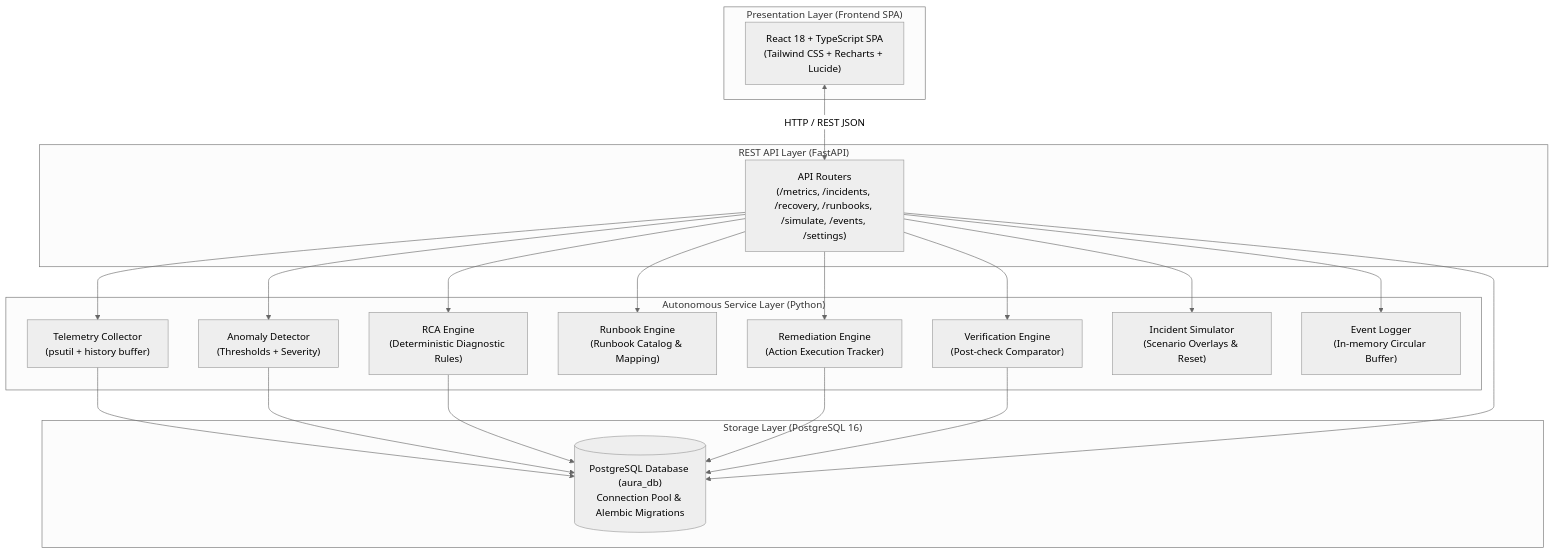
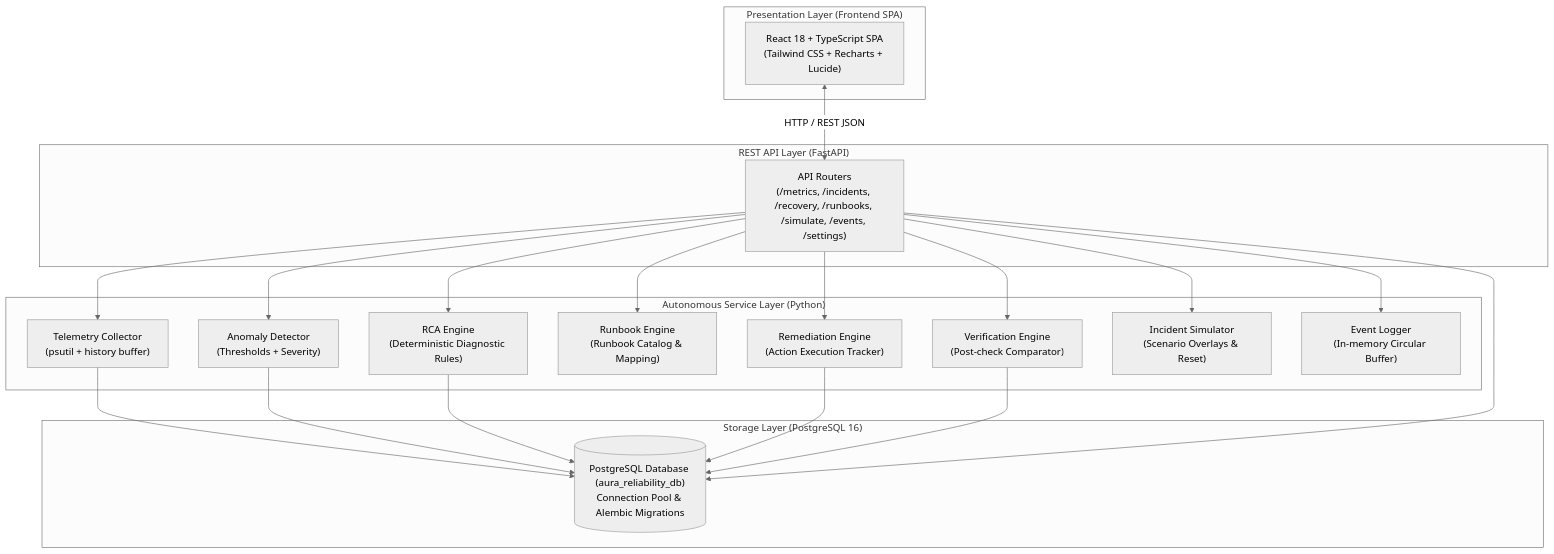
The first of 2 diagrams in docs/02_SYSTEM_DESIGN.md (vijaymadaeshwar/aura), drawn with Mermaid (neutral theme) before and after one commit. The commit also changed other lines of this file and 38 other files, not shown here.

````diff
--- a/docs/02_SYSTEM_DESIGN.md
+++ b/docs/02_SYSTEM_DESIGN.md
@@ -12,42 +12,42 @@
 ```mermaid
 flowchart TD
     subgraph Client_Layer ["Presentation Layer (Frontend SPA)"]
         UI["React 18 + TypeScript SPA<br/>(Tailwind CSS + Recharts + Lucide)"]
     end
 
     subgraph API_Layer ["REST API Layer (FastAPI)"]
         ROUTERS["API Routers<br/>(/metrics, /incidents, /recovery, /runbooks, /simulate, /events, /settings)"]
     end
 
     subgraph Service_Layer ["Autonomous Service Layer (Python)"]
         TEL["Telemetry Collector<br/>(psutil + history buffer)"]
         DET["Anomaly Detector<br/>(Thresholds + Severity)"]
         RCA["RCA Engine<br/>(Deterministic Diagnostic Rules)"]
         RUN["Runbook Engine<br/>(Runbook Catalog & Mapping)"]
         REM["Remediation Engine<br/>(Action Execution Tracker)"]
         VER["Verification Engine<br/>(Post-check Comparator)"]
         SIM["Incident Simulator<br/>(Scenario Overlays & Reset)"]
         LOG["Event Logger<br/>(In-memory Circular Buffer)"]
     end
 
     subgraph Persistence_Layer ["Storage Layer (PostgreSQL 16)"]
-        DB[("PostgreSQL Database (aura_db)<br/>Connection Pool & Alembic Migrations")]
+        DB[("PostgreSQL Database (aura_reliability_db)<br/>Connection Pool & Alembic Migrations")]
     end
 
     UI <-->|HTTP / REST JSON| ROUTERS
     ROUTERS --> TEL
     ROUTERS --> DET
     ROUTERS --> RCA
     ROUTERS --> RUN
     ROUTERS --> REM
     ROUTERS --> VER
     ROUTERS --> SIM
     ROUTERS --> LOG
 
     TEL --> DB
     DET --> DB
     RCA --> DB
     REM --> DB
     VER --> DB
     ROUTERS --> DB
 ```
````
